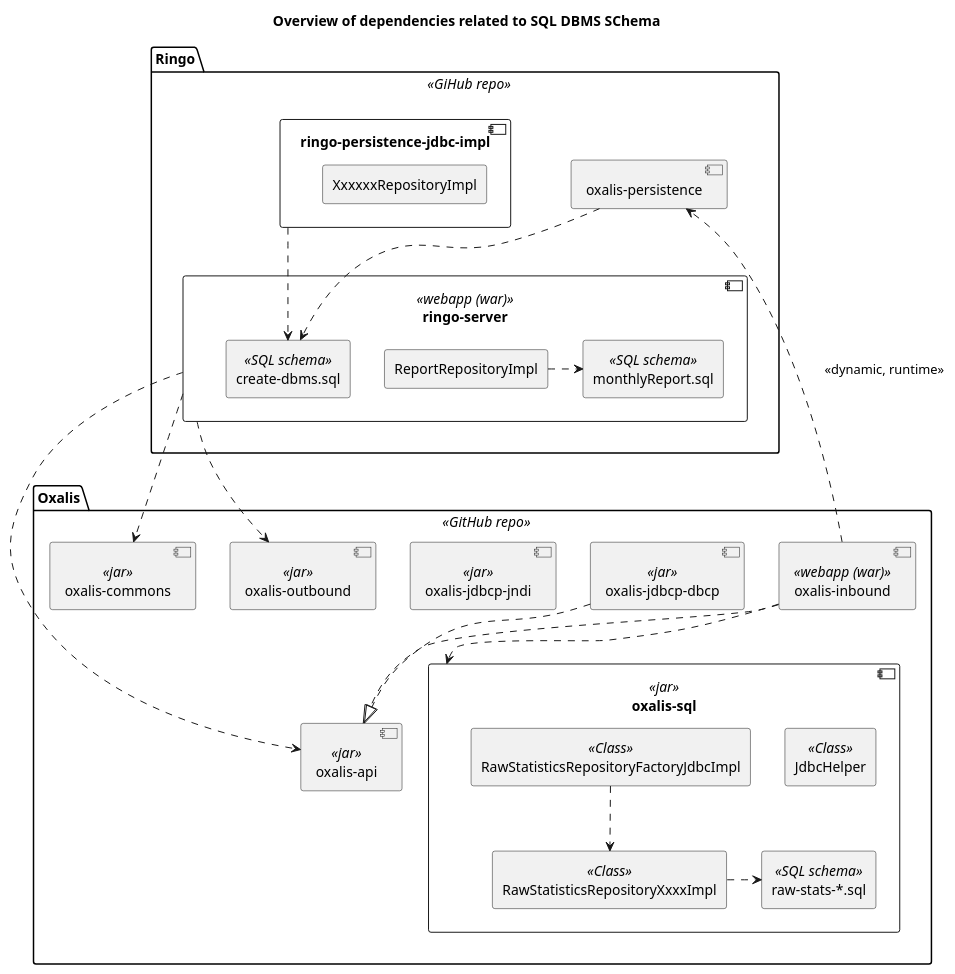
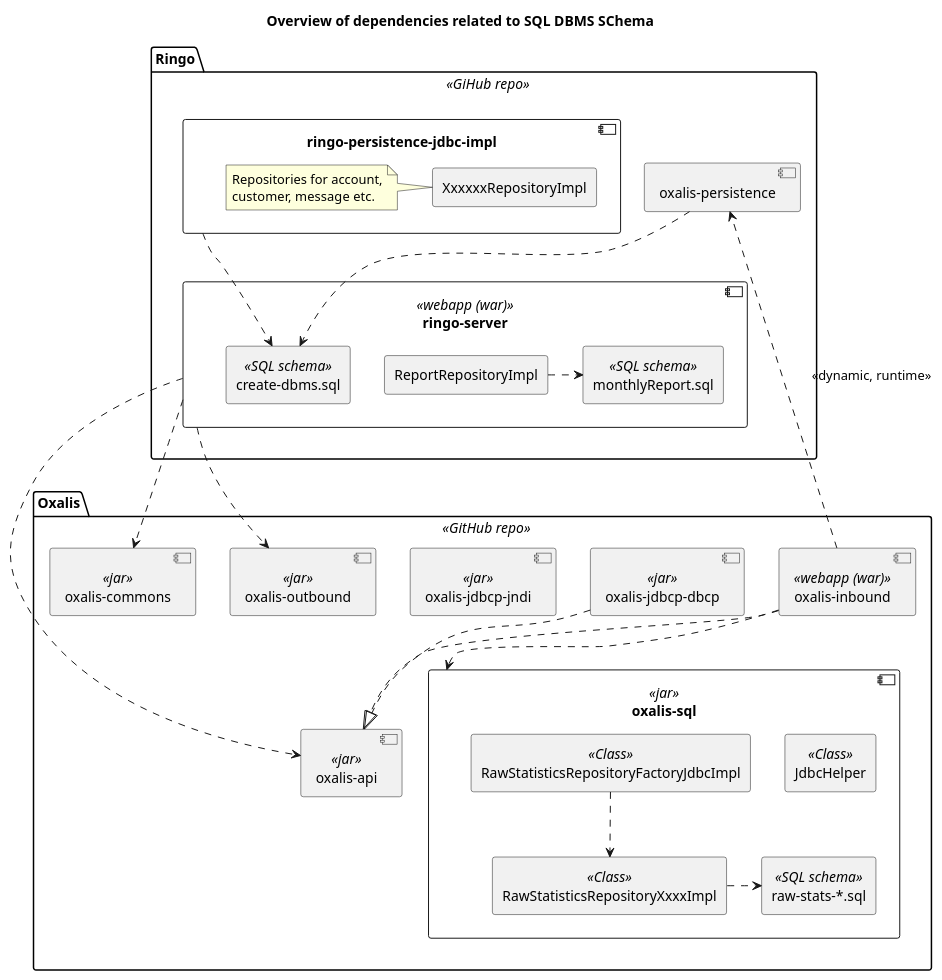
One commit to serxipc/vefa-srest changed the diagram in doc/dbms-dependencies.puml. Above: the diagram before and after it, drawn with PlantUML. The commit also changed 1 other file, not shown here.

```diff
--- a/doc/dbms-dependencies.puml
+++ b/doc/dbms-dependencies.puml
@@ -1,68 +1,72 @@
 @startuml
 
 Title Overview of dependencies related to SQL DBMS SChema
 
 skinparam componentStyle uml2
 
 /'
 database "Access Point DBMS" as ap_dbms <<SQL>> {
     node schema
 }
 '/
 
 
 
 
 package "Oxalis" <<GitHub repo>> {
     component "oxalis-inbound" as oxalis_inbound <<webapp (war)>>
     component "oxalis-api" as oxalis_api <<jar>>
     component "oxalis-sql" as oxalis_sql <<jar>> {
         rectangle "raw-stats-*.sql" as raw_stats_script <<SQL schema>>
         rectangle JdbcHelper <<Class>>
         rectangle RawStatisticsRepositoryXxxxImpl <<Class>>
         rectangle RawStatisticsRepositoryFactoryJdbcImpl <<Class>>
         RawStatisticsRepositoryFactoryJdbcImpl ..> RawStatisticsRepositoryXxxxImpl
         RawStatisticsRepositoryXxxxImpl .> raw_stats_script
     }
 
     component "oxalis-jdbcp-dbcp" as oxalis_jdbc_dbcp <<jar>>
     component "oxalis-jdbcp-jndi" as oxalis_jdbc_jndi <<jar>>
     component "oxalis-outbound" as oxalis_outbound <<jar>>
     component "oxalis-commons" as oxalis_commons <<jar>>
 
     oxalis_jdbc_dbcp ..|> oxalis_api
     oxalis_inbound ..|> oxalis_api
     oxalis_inbound ..> oxalis_sql
 }
 
 package "Ringo" <<GiHub repo>> {
     component "ringo-server" as ringo_server <<webapp (war)>>{
         rectangle "create-dbms.sql" as create_dbms_script <<SQL schema>>
         rectangle "monthlyReport.sql" as monthly_report_script <<SQL schema>>
         rectangle ReportRepositoryImpl
         ReportRepositoryImpl .> monthly_report_script
     }
     ringo_server ..> oxalis_api
     ringo_server ..> oxalis_outbound
     ringo_server ..> oxalis_commons
 
     component "ringo-persistence-jdbc-impl" as ringo_persistence_jdbc_impl {
-        rectangle XxxxxxRepositoryImpl
+        rectangle XxxxxxRepositoryImpl as XR
+        note left of XR
+            Repositories for account,
+            customer, message etc.
+        end note
     }
 
     component "oxalis-persistence" as oxalis_persistence
 
 }
 
 
 
 /'
 database schema
 schema ..> create_dbms_script
 schema ..> raw_stats_script
 schema ..> monthly_report_script
 '/
 ringo_persistence_jdbc_impl ..> create_dbms_script
 oxalis_inbound ..> oxalis_persistence : <<dynamic, runtime>>
 oxalis_persistence ..> create_dbms_script
 @enduml
```
